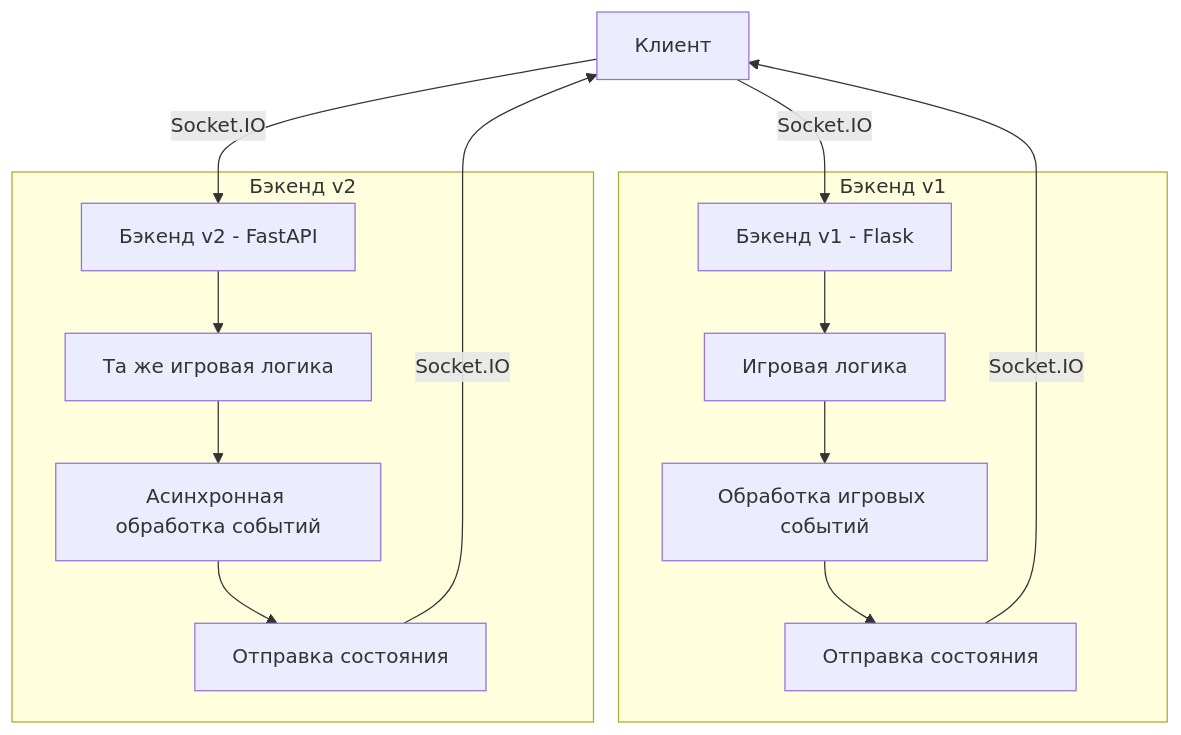
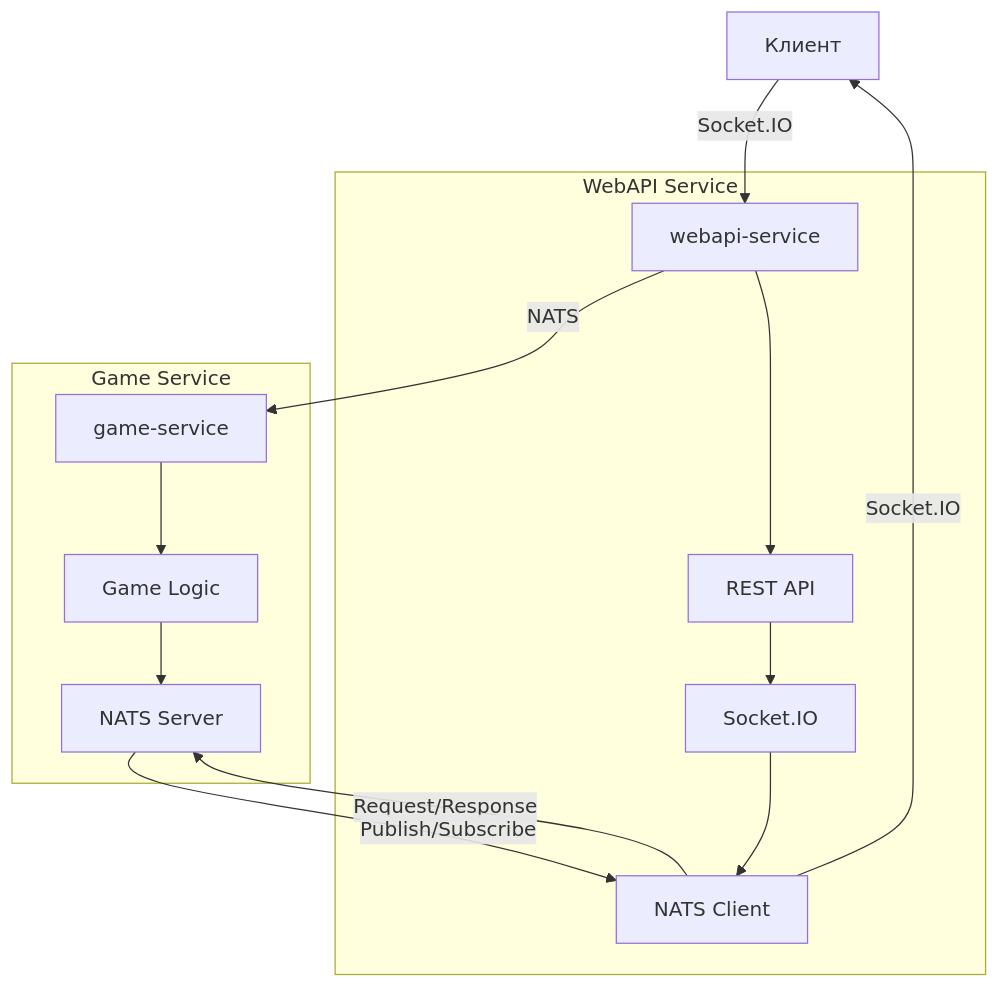
Before and after one commit to trulander/BombermanOnline: the diagram in README.md, drawn with Mermaid. The commit also changed other lines of this file and 69 other files, not shown here.

Commit message:
splitting monoapp for microservice architecture

````diff
--- a/README.md
+++ b/README.md
@@ -98,20 +100,20 @@
 ```mermaid
 graph TD
-    A[Клиент] -->|Socket.IO| B[Бэкенд v1 - Flask]
-    A -->|Socket.IO| C[Бэкенд v2 - FastAPI]
+    A[Клиент] -->|Socket.IO| B[webapi-service]
+    B -->|NATS| C[game-service]
     
-    subgraph Бэкенд v1
-        B --> D[Игровая логика]
-        D --> E[Обработка игровых событий]
-        E --> F[Отправка состояния]
+    subgraph WebAPI Service
+        B --> D[REST API]
+        D --> E[Socket.IO]
+        E --> F[NATS Client]
     end
     
-    subgraph Бэкенд v2
-        C --> G[Та же игровая логика]
-        G --> H[Асинхронная обработка событий]
-        H --> I[Отправка состояния]
+    subgraph Game Service
+        C --> G[Game Logic]
+        G --> H[NATS Server]
     end
     
+    F -->|Request/Response| H
+    H -->|Publish/Subscribe| F
     F -->|Socket.IO| A
-    I -->|Socket.IO| A
 ```
````
